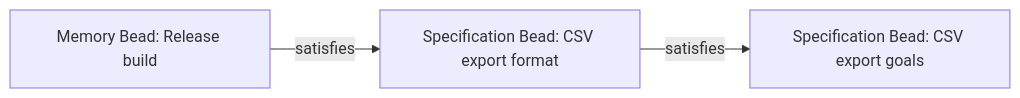
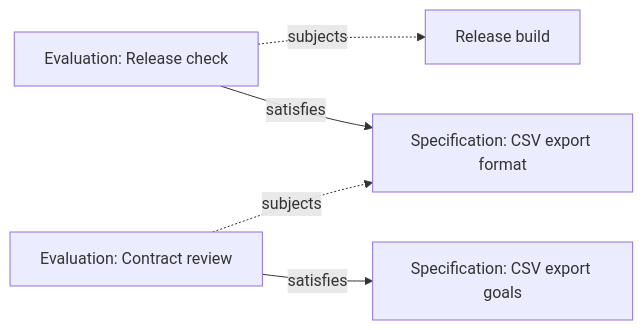
Before and after one commit to gastownhall/bdp: the fourth of 7 diagrams in specs/types/memory/memory.md, drawn with Mermaid. The commit also changed other lines of this file and 5 other files, not shown here.

Commit message:
Propagate evaluation ownership and collective claims into the Memory draft

````diff
--- a/specs/types/memory/memory.md
+++ b/specs/types/memory/memory.md
@@ -124,5 +132,7 @@
 ```mermaid
 flowchart LR
-    I["Memory Bead: Release build"] -->|satisfies| D["Specification Bead: CSV export format"]
-    D -->|satisfies| G["Specification Bead: CSV export goals"]
+    E1["Evaluation: Release check"] -. subjects .-> B["Release build"]
+    E1 -->|satisfies| S["Specification: CSV export format"]
+    E2["Evaluation: Contract review"] -. subjects .-> S
+    E2 -->|satisfies| G["Specification: CSV export goals"]
 ```
````
